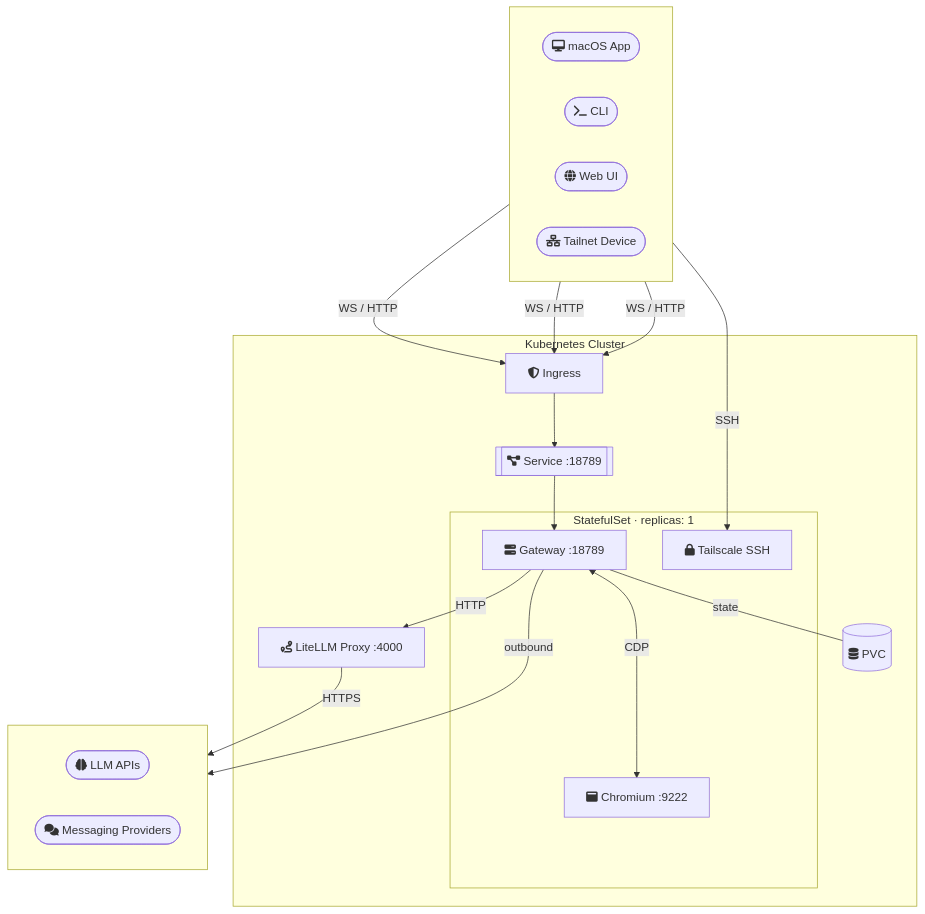
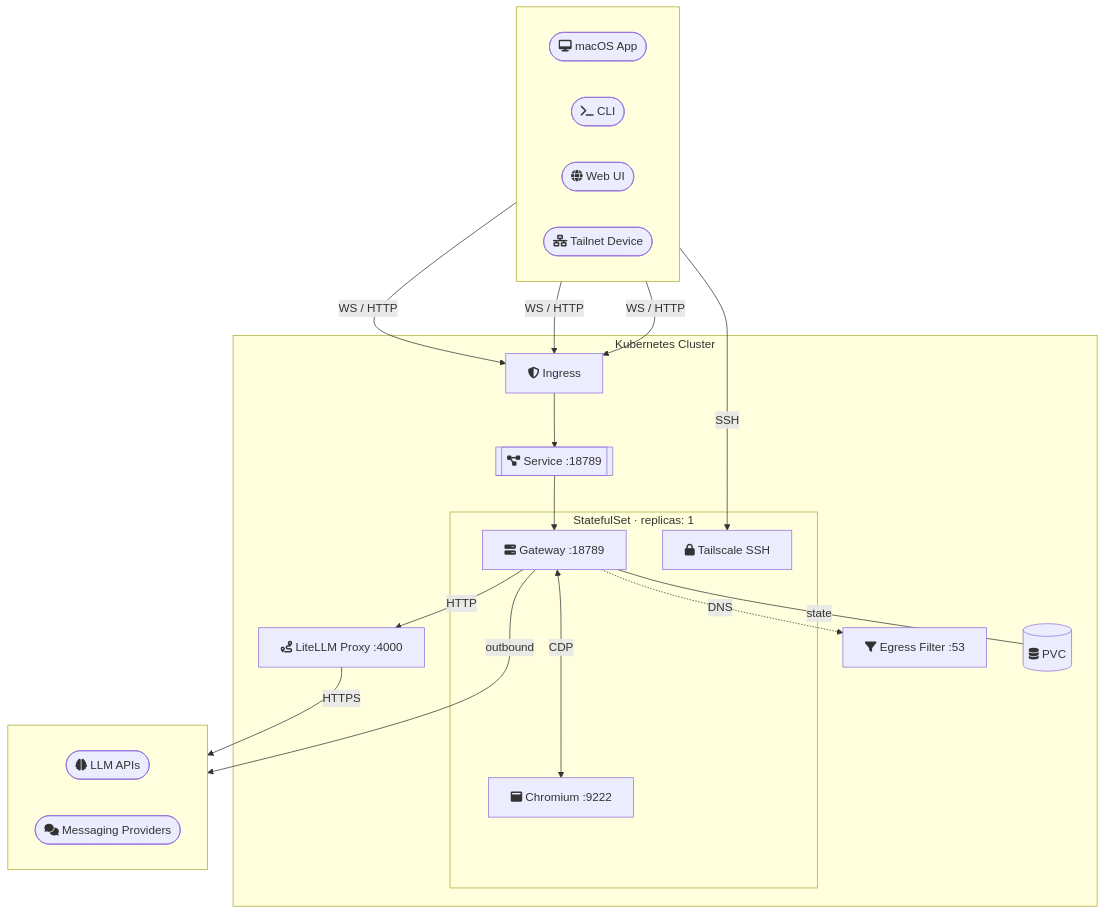
One commit to iMerica/kubeclaw changed the diagram in README.md. Above: the diagram before and after it, drawn with Mermaid. The commit also changed other lines of this file and 12 other files, not shown here.

````diff
--- a/README.md
+++ b/README.md
@@ -48,39 +48,41 @@
 ```mermaid
 graph TB
     subgraph clients [" "]
         direction LR
         app([fa:fa-desktop macOS App])
         cli([fa:fa-terminal CLI])
         web([fa:fa-globe Web UI])
         tsdevice([fa:fa-network-wired Tailnet Device])
     end
 
     subgraph cluster ["Kubernetes Cluster"]
         ingress[fa:fa-shield-halved Ingress]
 
         subgraph pod ["StatefulSet · replicas: 1"]
             gw[fa:fa-server Gateway :18789]
             chrome[fa:fa-window-maximize Chromium :9222]
             ts[fa:fa-lock Tailscale SSH]
         end
 
         svc[[fa:fa-diagram-project Service :18789]]
         litellm[fa:fa-route LiteLLM Proxy :4000]
+        egressfilter[fa:fa-filter Egress Filter :53]
         pvc[(fa:fa-database PVC)]
     end
 
     subgraph external [" "]
         direction LR
         llm([fa:fa-brain LLM APIs])
         msg([fa:fa-comments Messaging Providers])
     end
 
     app & cli & web -->|WS / HTTP| ingress
     tsdevice -->|SSH| ts
     ingress --> svc --> gw
     gw <--->|CDP| chrome
     gw -->|HTTP| litellm
+    gw -.->|DNS| egressfilter
     gw ---|state| pvc
     gw -->|outbound| msg
     litellm -->|HTTPS| llm
 ```
````
